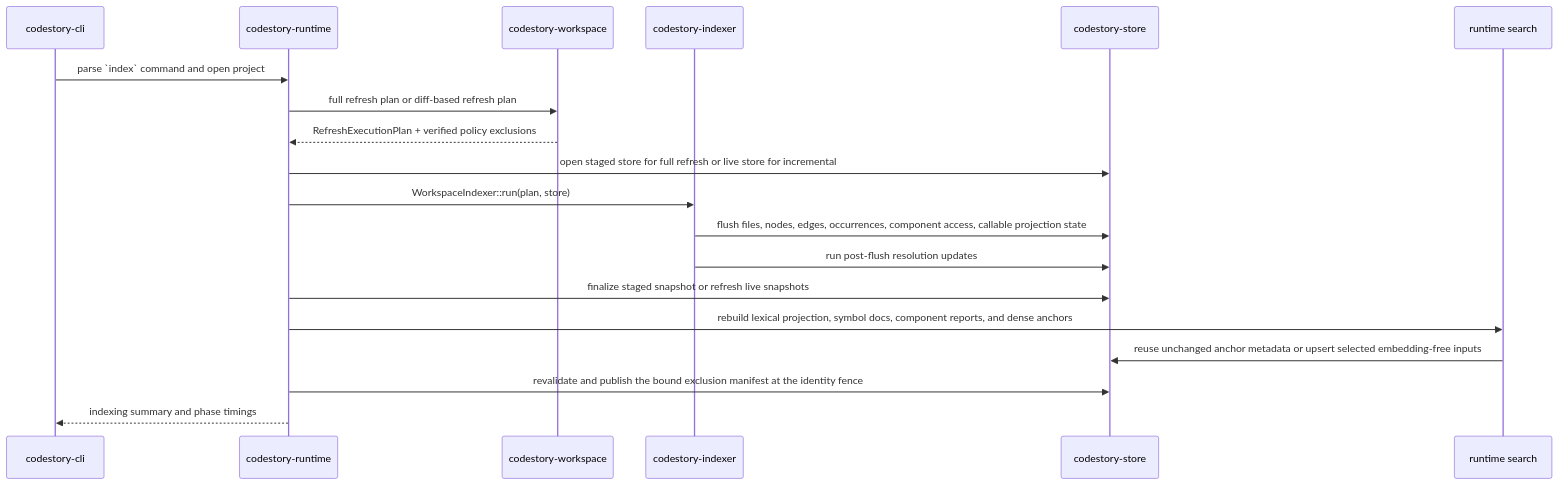
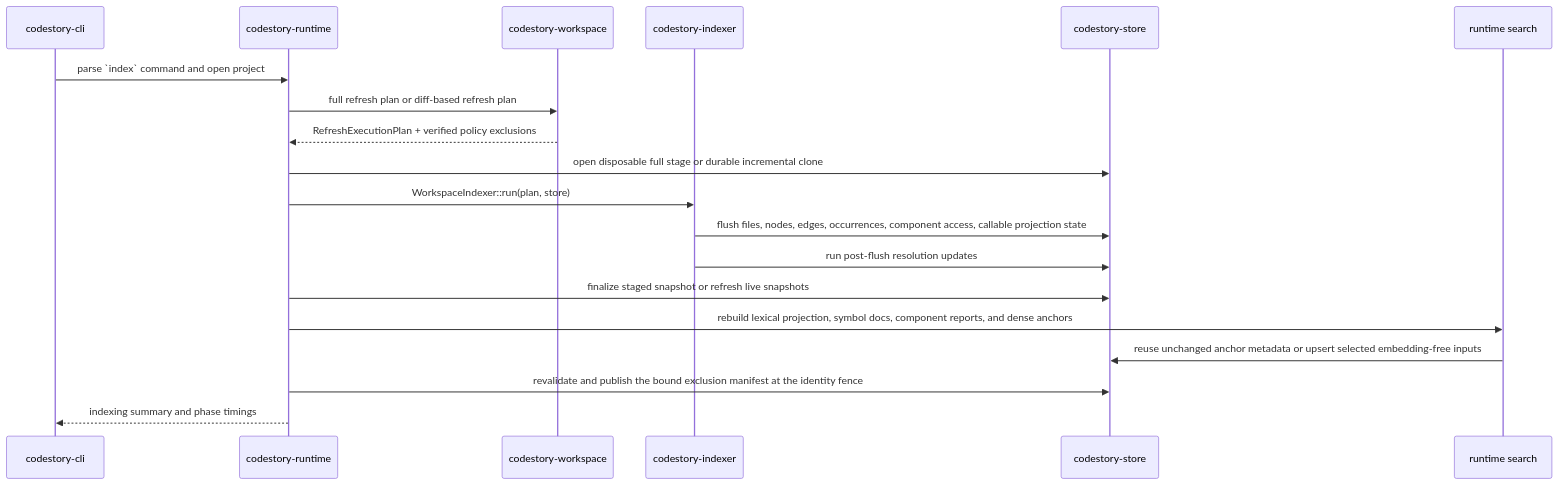
The first of 3 diagrams in docs/architecture/indexing-pipeline.md (TheGreenCedar/CodeStory), drawn with Mermaid before and after one commit. The commit also changed other lines of this file and 11 other files, not shown here.

````diff
--- a/docs/architecture/indexing-pipeline.md
+++ b/docs/architecture/indexing-pipeline.md
@@ -18,22 +18,22 @@
 ```mermaid
 sequenceDiagram
     participant CLI as codestory-cli
     participant Runtime as codestory-runtime
     participant Workspace as codestory-workspace
     participant Indexer as codestory-indexer
     participant Store as codestory-store
     participant Search as runtime search
 
     CLI->>Runtime: parse `index` command and open project
     Runtime->>Workspace: full refresh plan or diff-based refresh plan
     Workspace-->>Runtime: RefreshExecutionPlan + verified policy exclusions
-    Runtime->>Store: open staged store for full refresh or live store for incremental
+    Runtime->>Store: open disposable full stage or durable incremental clone
     Runtime->>Indexer: WorkspaceIndexer::run(plan, store)
     Indexer->>Store: flush files, nodes, edges, occurrences, component access, callable projection state
     Indexer->>Store: run post-flush resolution updates
     Runtime->>Store: finalize staged snapshot or refresh live snapshots
     Runtime->>Search: rebuild lexical projection, symbol docs, component reports, and dense anchors
     Search->>Store: reuse unchanged anchor metadata or upsert selected embedding-free inputs
     Runtime->>Store: revalidate and publish the bound exclusion manifest at the identity fence
     Runtime-->>CLI: indexing summary and phase timings
 ```
````
